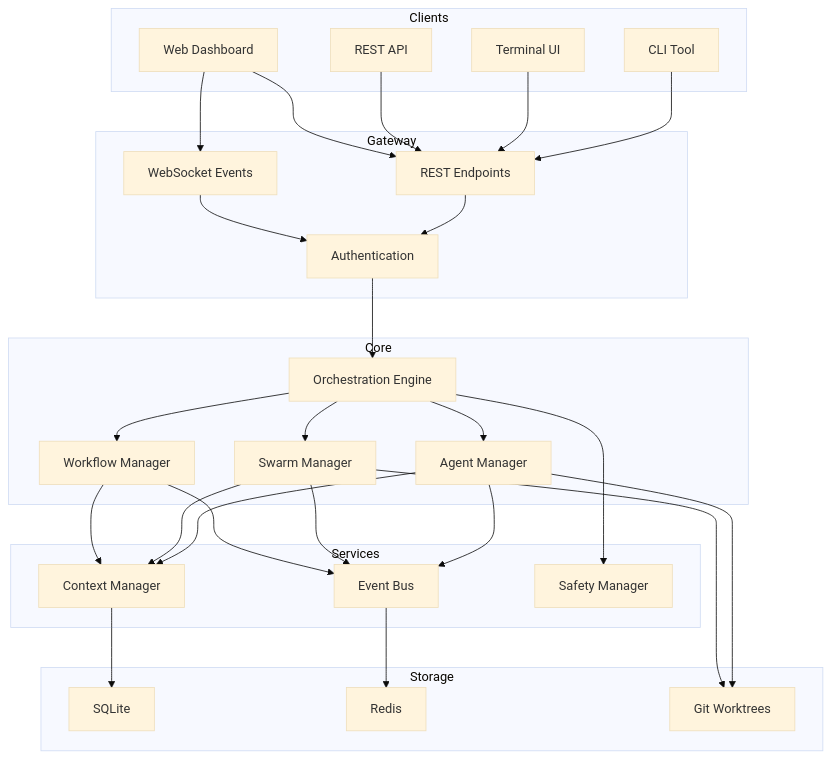
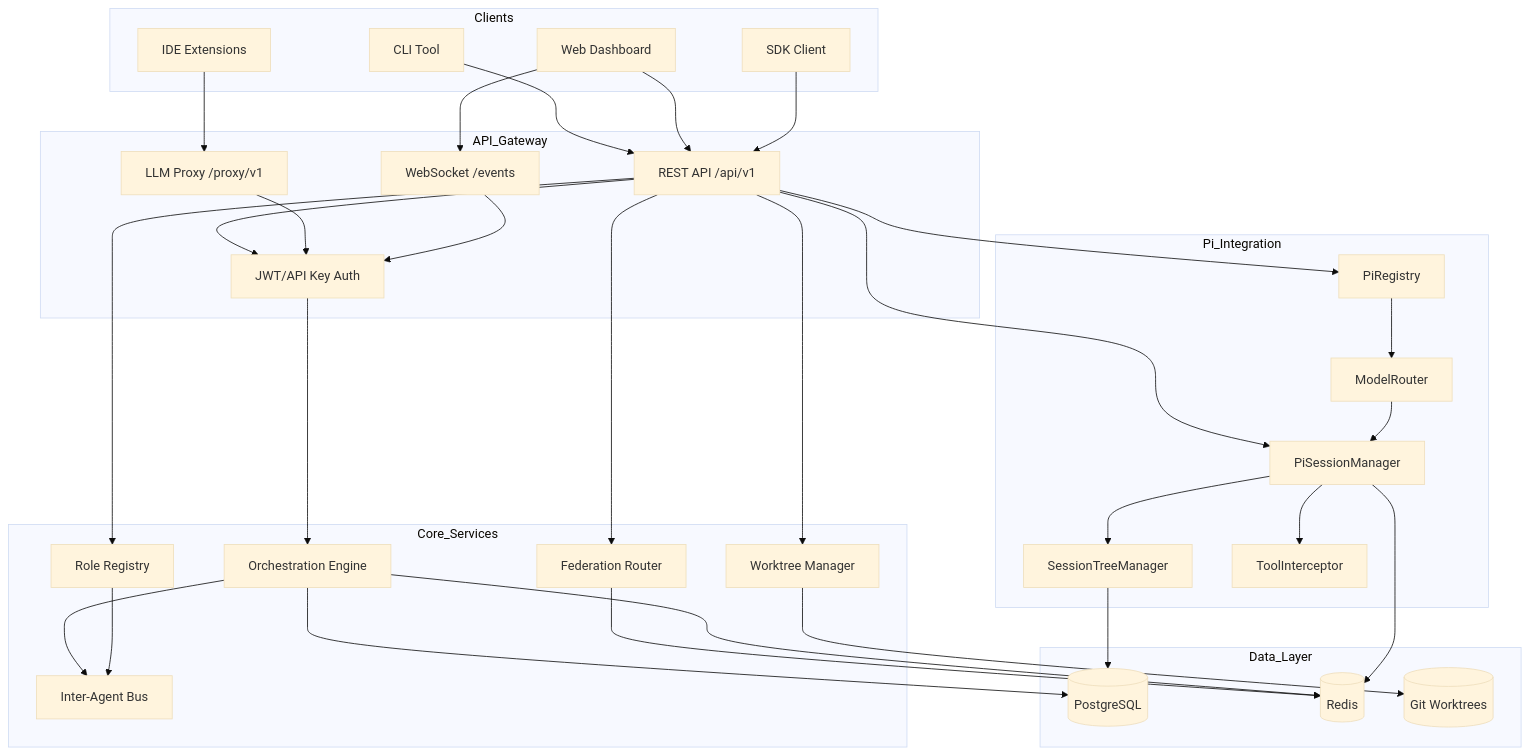
The diagram in README.md (davidkimai/godel), drawn with Mermaid (base theme) before and after one commit. The commit also changed other lines of this file and 24 other files, not shown here.

First line of the commit message:
feat: Implement comprehensive Pi integration, worktree isolation, federation, and proxy

````diff
--- a/README.md
+++ b/README.md
@@ -31,61 +90,70 @@
 ```mermaid
 graph TB
     subgraph Clients
         CLI[CLI Tool]
-        TUI[Terminal UI]
-        API[REST API]
         WEB[Web Dashboard]
+        SDK[SDK Client]
+        EXT[IDE Extensions]
     end
 
-    subgraph Gateway
-        REST[REST Endpoints]
-        WS[WebSocket Events]
-        AUTH[Authentication]
+    subgraph API_Gateway
+        REST[REST API /api/v1]
+        PROXY[LLM Proxy /proxy/v1]
+        WS[WebSocket /events]
+        AUTH[JWT/API Key Auth]
     end
 
-    subgraph Core
-        ORCH[Orchestration Engine]
-        AM[Agent Manager]
-        SM[Swarm Manager]
-        WM[Workflow Manager]
+    subgraph Pi_Integration
+        PI_REG[PiRegistry]
+        PI_ROUT[ModelRouter]
+        PI_SESS[PiSessionManager]
+        PI_TREE[SessionTreeManager]
+        PI_TOOL[ToolInterceptor]
     end
 
-    subgraph Services
-        CTX[Context Manager]
-        EVT[Event Bus]
-        SFT[Safety Manager]
+    subgraph Core_Services
+        ORCH[Orchestration Engine]
+        WM[Worktree Manager]
+        FED[Federation Router]
+        ROLE[Role Registry]
+        BUS[Inter-Agent Bus]
     end
 
-    subgraph Storage
-        SQL[SQLite]
-        RED[Redis]
-        GIT[Git Worktrees]
+    subgraph Data_Layer
+        PG[(PostgreSQL)]
+        RED[(Redis)]
+        GIT[(Git Worktrees)]
     end
 
     CLI --> REST
-    TUI --> REST
-    API --> REST
+    WEB --> REST
     WEB --> WS
-    WEB --> REST
+    SDK --> REST
+    EXT --> PROXY
 
     REST --> AUTH
+    PROXY --> AUTH
     WS --> AUTH
 
     AUTH --> ORCH
-    ORCH --> AM
-    ORCH --> SM
-    ORCH --> WM
+    REST --> PI_REG
+    REST --> PI_SESS
+    REST --> WM
+    REST --> FED
+    REST --> ROLE
 
-    AM --> CTX
-    SM --> CTX
-    WM --> CTX
-    AM --> EVT
-    SM --> EVT
-    WM --> EVT
-    ORCH --> SFT
+    PI_REG --> PI_ROUT
+    PI_ROUT --> PI_SESS
+    PI_SESS --> PI_TREE
+    PI_SESS --> PI_TOOL
+    PI_TREE --> PG
+    PI_SESS --> RED
 
-    CTX --> SQL
-    EVT --> RED
-    AM --> GIT
-    SM --> GIT
+    ORCH --> BUS
+    WM --> GIT
+    FED --> RED
+    ROLE --> BUS
+
+    ORCH --> PG
+    ORCH --> RED
 ```
````
